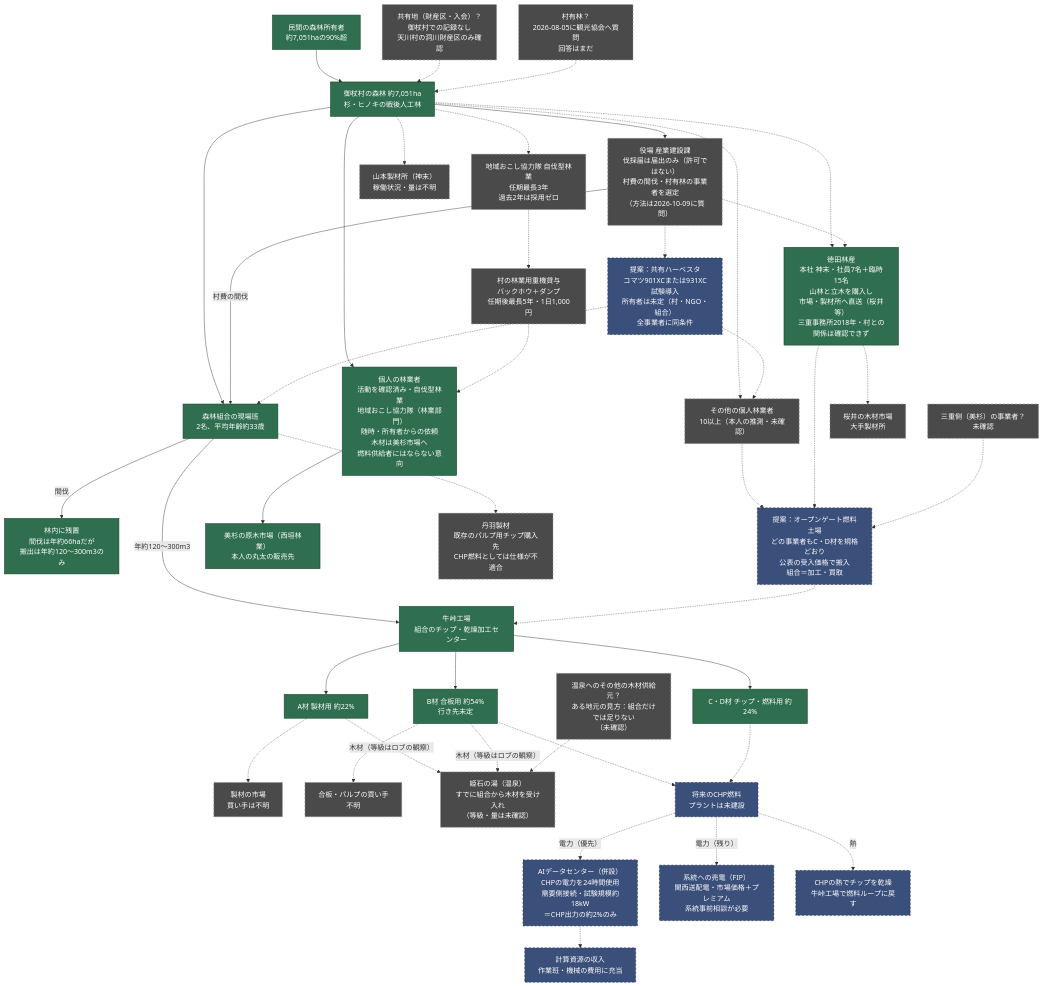
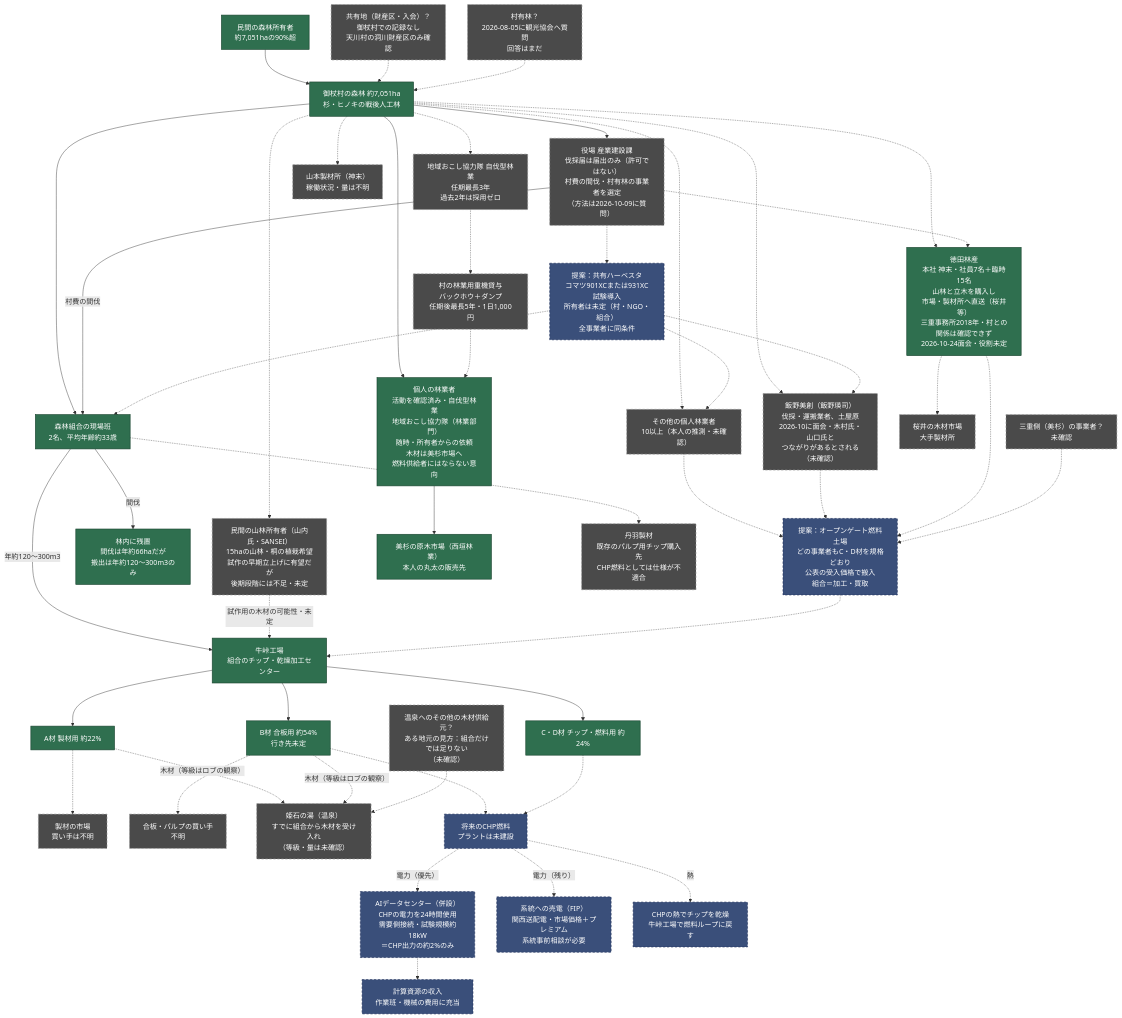
The diagram in docs/energy-forest/workforce/mitsue_forest_supply_chain_diagram_jp.md (robouden/mitsue-ai-data-center), drawn with Mermaid before and after one commit. The commit also changed other lines of this file and 16 other files, not shown here.

Commit message:
Add Tokuda/Fujitsugu cards + Oba follow-up to people register v1.54; add possible harvester/landowner (Tokuda, Yamauchi) nodes to collaboration + supply-chain diagrams (EN+JP, A3 relayout, Iino synced); revise Oba land-ownership draft v0.2

````diff
--- a/docs/energy-forest/workforce/mitsue_forest_supply_chain_diagram_jp.md
+++ b/docs/energy-forest/workforce/mitsue_forest_supply_chain_diagram_jp.md
@@ -22,7 +22,9 @@
 
     coopcrew["森林組合の現場班<br/>2名、平均年齢約33歳"]
     yamaguchi["個人の林業者<br/>活動を確認済み・自伐型林業<br/>地域おこし協力隊（林業部門）<br/>随時・所有者からの依頼<br/>木材は美杉市場へ<br/>燃料供給者にはならない意向"]
-    tokuda["徳田林産<br/>本社 神末・社員7名＋臨時15名<br/>山林と立木を購入し<br/>市場・製材所へ直送（桜井等）<br/>三重事務所2018年・村との関係は確認できず"]
+    tokuda["徳田林産<br/>本社 神末・社員7名＋臨時15名<br/>山林と立木を購入し<br/>市場・製材所へ直送（桜井等）<br/>三重事務所2018年・村との関係は確認できず<br/>2026-10-24面会・役割未定"]
+    yamauchi["民間の山林所有者（山内氏・SANSEI）<br/>15haの山林・桐の植栽希望<br/>試作の早期立上げに有望だが<br/>後期段階には不足・未定"]
+    iino["飯野美創（飯野瑛司）<br/>伐採・運搬業者、土屋原<br/>2026-10に面会・木村氏・山口氏と<br/>つながりがあるとされる（未確認）"]
     otherindep["その他の個人林業者<br/>10以上（本人の推測・未確認）"]
     miesup["三重側（美杉）の事業者？<br/>未確認"]
     corps["地域おこし協力隊 自伐型林業<br/>任期最長3年<br/>過去2年は採用ゼロ"]
@@ -31,6 +33,8 @@
     forest --> coopcrew
     forest --> yamaguchi
     forest -.-> tokuda
+    forest -.-> yamauchi
+    forest -.-> iino
     forest -.-> otherindep
     forest -.-> corps
     corps -.-> loan
@@ -43,9 +47,11 @@
 
     mill["牛峠工場<br/>組合のチップ・乾燥加工センター"]
     coopcrew -->|"年約120〜300m3"| mill
+    yamauchi -.->|"試作用の木材の可能性・未定"| mill
 
     gate["提案：オープンゲート燃料土場<br/>どの事業者もC・D材を規格どおり<br/>公表の受入価格で搬入<br/>組合＝加工・買取"]
     otherindep -.-> gate
+    iino -.-> gate
     tokuda -.-> gate
     miesup -.-> gate
     gate -.-> mill
@@ -53,6 +59,7 @@
     machine["提案：共有ハーベスタ<br/>コマツ901XCまたは931XC試験導入<br/>所有者は未定（村・NGO・組合）<br/>全事業者に同条件"]
     machine -.-> coopcrew
     machine -.-> otherindep
+    machine -.-> iino
     vh -.-> machine
 
     misugi["美杉の原木市場（西垣林業）<br/>本人の丸太の販売先"]
@@ -95,6 +102,6 @@
     classDef future fill:#3a4f7a,stroke:#22315c,stroke-width:1.4px,color:#ffffff,stroke-dasharray:5 4
 
     class own1,forest,coopcrew,yamaguchi,tokuda,leftover,mill,gA,gB,gCD,misugi known
-    class own2,own3,vh,otherindep,miesup,corps,loan,sawmkt,sakurai,yamamoto,plymkt,niwa,onsen,othersup unknown
+    class own2,own3,vh,iino,otherindep,miesup,corps,loan,sawmkt,sakurai,yamamoto,plymkt,niwa,onsen,othersup,yamauchi unknown
     class chp,dc,grid,dry,compute,gate,machine future
 ```
````
